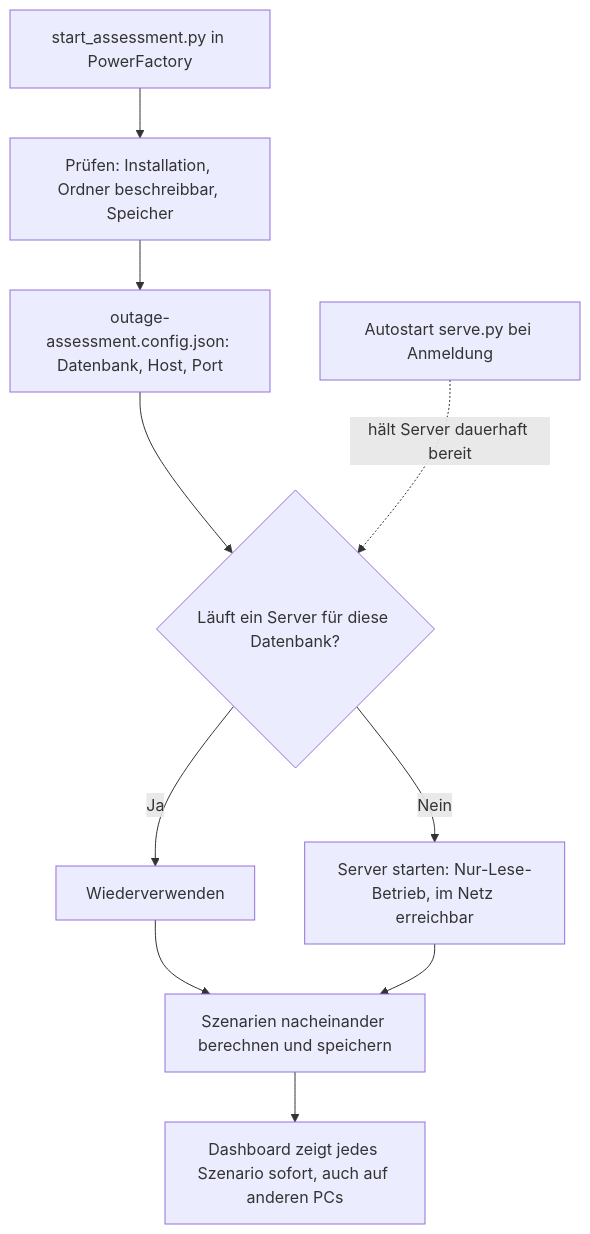
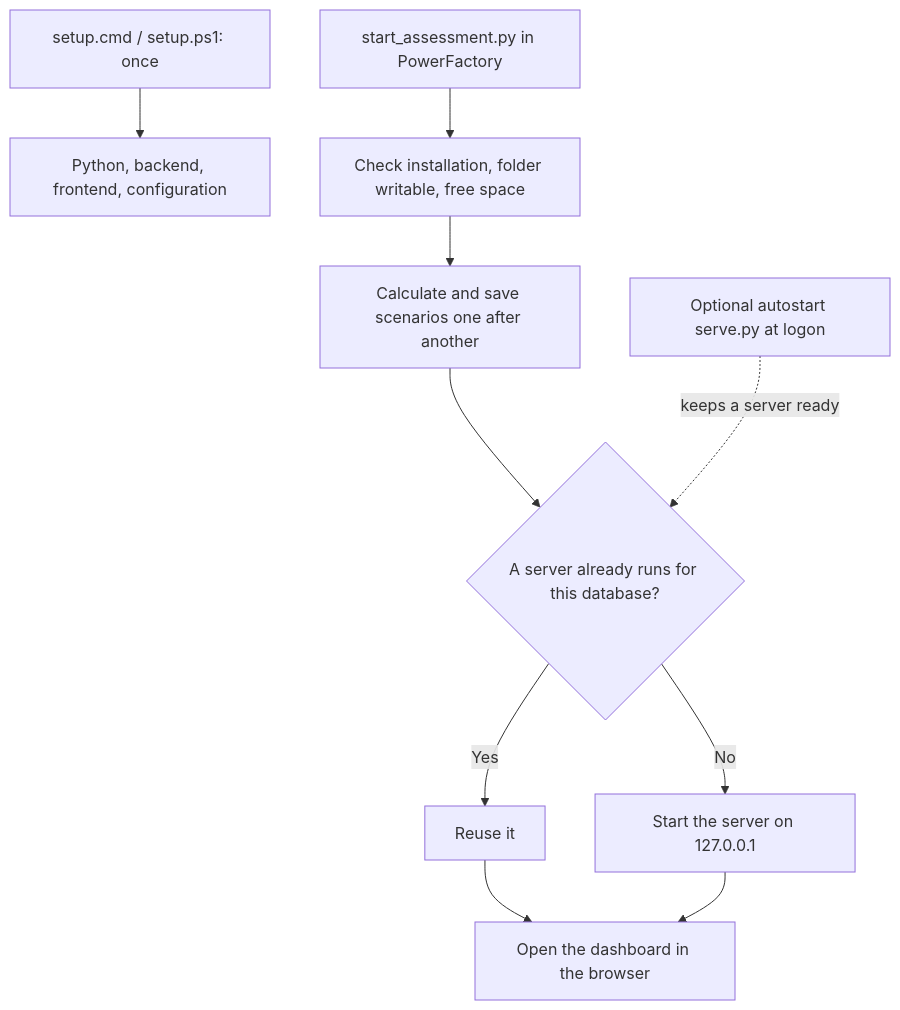
The ninth of 11 diagrams in BIG_PICTURE.md (hadiibrahim-Engin/nahriva-grid-analysis), drawn with Mermaid before and after one commit. The commit also changed other lines of this file and 186 other files, not shown here.

````diff
--- a/BIG_PICTURE.md
+++ b/BIG_PICTURE.md
@@ -326,12 +306,12 @@
 ```mermaid
 flowchart TD
-    Run[start_assessment.py in PowerFactory] --> Pre[Prüfen: Installation, Ordner beschreibbar, Speicher]
-    Pre --> Cfg[outage-assessment.config.json: Datenbank, Host, Port]
-    Cfg --> Reuse{Läuft ein Server für diese Datenbank?}
-    Reuse -->|Ja| Keep[Wiederverwenden]
-    Reuse -->|Nein| Start[Server starten: Nur-Lese-Betrieb, im Netz erreichbar]
-    Keep --> Calc[Szenarien nacheinander berechnen und speichern]
-    Start --> Calc
-    Calc --> Live[Dashboard zeigt jedes Szenario sofort, auch auf anderen PCs]
-    Auto[Autostart serve.py bei Anmeldung] -.hält Server dauerhaft bereit.-> Reuse
+    Setup[setup.cmd / setup.ps1: once] --> Ready[Python, backend, frontend, configuration]
+    Run[start_assessment.py in PowerFactory] --> Pre[Check installation, folder writable, free space]
+    Pre --> Calc[Calculate and save scenarios one after another]
+    Calc --> Reuse{A server already runs for this database?}
+    Reuse -->|Yes| Keep[Reuse it]
+    Reuse -->|No| Start[Start the server on 127.0.0.1]
+    Keep --> Open[Open the dashboard in the browser]
+    Start --> Open
+    Auto[Optional autostart serve.py at logon] -.keeps a server ready.-> Reuse
 ```
````
